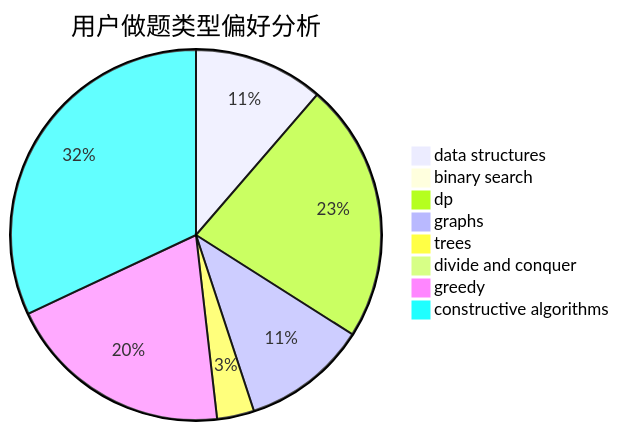
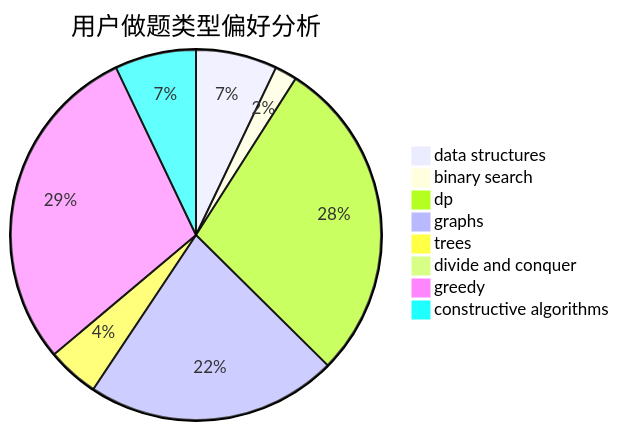
One commit to sherpahu/cfrs.github.io changed the second of 3 diagrams in docs/user/u2135.md. Above: the diagram before and after it, drawn with Mermaid. The commit also changed other lines of this file and 2770 other files, not shown here.

````diff
--- a/docs/user/u2135.md
+++ b/docs/user/u2135.md
@@ -23,11 +23,11 @@
 ```mermaid
 pie title 用户做题类型偏好分析
-    "data structures" :  28
-    "binary search" :  0
-    "dp" :  56
-    "graphs" :  27
-    "trees" :  8
-    "divide and conquer" :  0
-    "greedy" :  49
-    "constructive algorithms" :  79
+    "data structures" :  11
+    "binary search" :  3
+    "dp" :  44
+    "graphs" :  34
+    "trees" :  7
+    "divide and conquer" :  1
+    "greedy" :  45
+    "constructive algorithms" :  11
 ```
````
